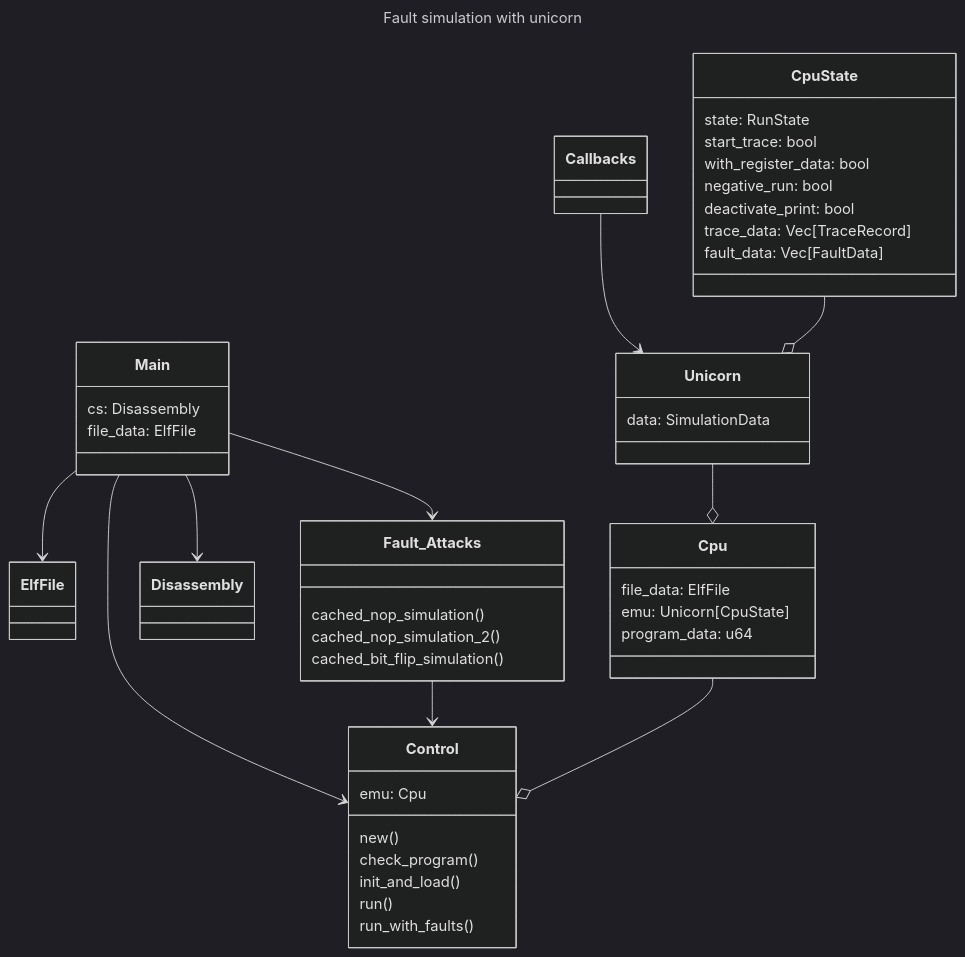
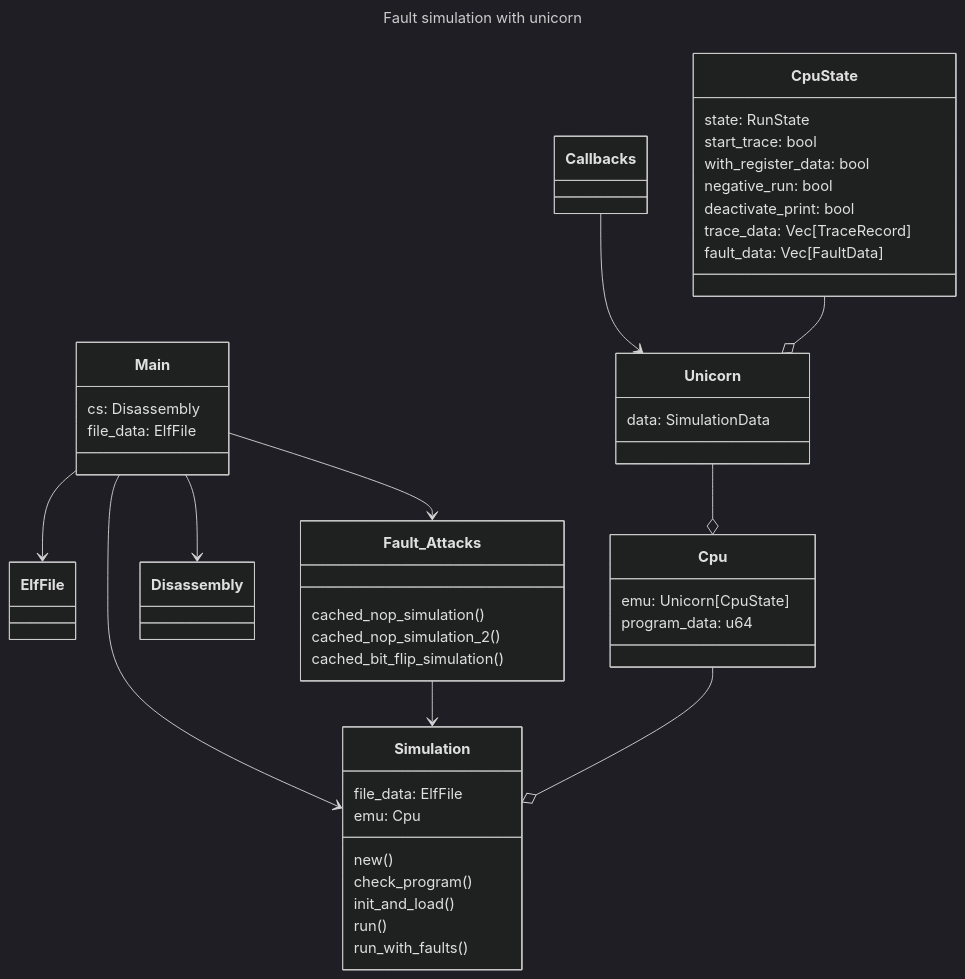
The diagram in Docs/ClassDiagram.md (tigger1005/fault_simulator), drawn with Mermaid (dark theme) before and after one commit.

Commit message:
Updated class diagram

````diff
--- a/Docs/ClassDiagram.md
+++ b/Docs/ClassDiagram.md
@@ -1,58 +1,58 @@
 ```Mermaid
 ---
 title: Fault simulation with unicorn
 ---
 classDiagram
     Main --> ElfFile
-    Main --> Control
+    Main --> Simulation
     Main --> Disassembly
     Main --> Fault_Attacks
-    Cpu --o Control
-    Fault_Attacks --> Control
+    Cpu --o Simulation
+    Fault_Attacks --> Simulation
     Unicorn --o Cpu
     Callbacks --> Unicorn
     CpuState --o Unicorn
     class Main {
         cs: Disassembly
         file_data: ElfFile
     }
-    class Control{
+    class Simulation{
+        file_data: ElfFile
         emu: Cpu
         new()
         check_program()
         init_and_load()
         run()
         run_with_faults()
     }
     class Cpu{
-        file_data: ElfFile
         emu: Unicorn[CpuState]
         program_data: u64
     }
     class CpuState{
         state: RunState
         start_trace: bool
         with_register_data: bool
         negative_run: bool
         deactivate_print: bool
         trace_data: Vec[TraceRecord]
         fault_data: Vec[FaultData]
     }
     class Unicorn{
         data: SimulationData
     }
     class ElfFile{
     }
     class Callbacks{
 
     }
     class Disassembly{
 
     }
     class Fault_Attacks{
         cached_nop_simulation()
         cached_nop_simulation_2()
         cached_bit_flip_simulation()
     }
 
 ```
````
